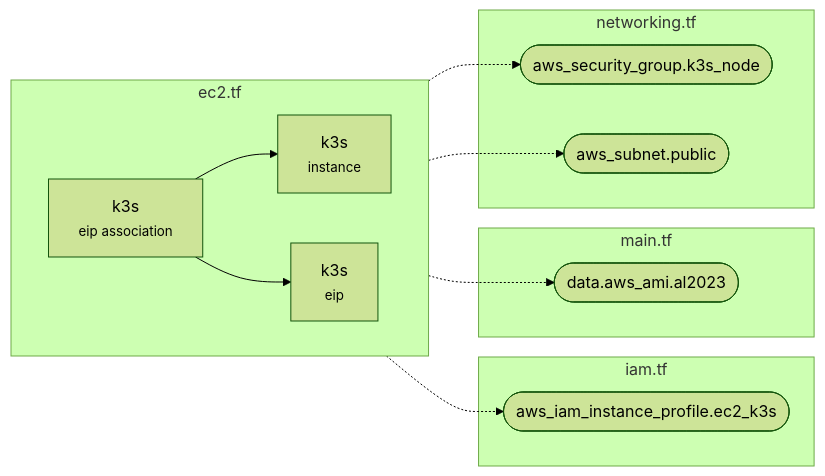
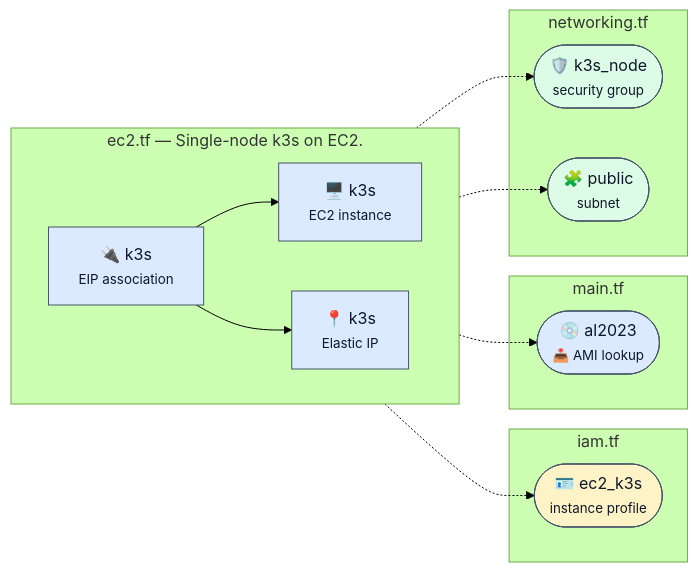
The diagram in infra/diagrams/per-file/ec2.mmd (macamp0328/liner-notes), drawn with Mermaid (forest theme) before and after one commit. The commit also changed 11 other files, not shown here.

First line of the commit message:
docs(diagrams): enrich per-file Mermaid + redesign request-flow (#149)

```diff
--- a/infra/diagrams/per-file/ec2.mmd
+++ b/infra/diagrams/per-file/ec2.mmd
@@ -1,25 +1,28 @@
 %% Auto-generated by scripts/diagrams/generate.ts — do not edit by hand.
 %% Source: infra/terraform/ec2.tf
 flowchart LR
-  subgraph this["ec2.tf"]
+  classDef compute fill:#dbeafe,stroke:#475569,color:#0f172a
+  classDef iam fill:#fef3c7,stroke:#475569,color:#0f172a
+  classDef networking fill:#dcfce7,stroke:#475569,color:#0f172a
+  subgraph this["ec2.tf — Single-node k3s on EC2."]
     direction LR
-    aws_instance_k3s["k3s<br/><small>instance</small>"]
-    aws_eip_k3s["k3s<br/><small>eip</small>"]
-    aws_eip_association_k3s["k3s<br/><small>eip association</small>"]
+    aws_instance_k3s["🖥️ k3s<br/><small>EC2 instance</small>"]:::compute
+    aws_eip_k3s["📍 k3s<br/><small>Elastic IP</small>"]:::compute
+    aws_eip_association_k3s["🔌 k3s<br/><small>EIP association</small>"]:::compute
   end
   subgraph ext_iam_tf["iam.tf"]
-    aws_iam_instance_profile_ec2_k3s(["aws_iam_instance_profile.ec2_k3s"])
+    aws_iam_instance_profile_ec2_k3s(["🪪 ec2_k3s<br/><small>instance profile</small>"]):::iam
   end
   subgraph ext_main_tf["main.tf"]
-    data_aws_ami_al2023(["data.aws_ami.al2023"])
+    data_aws_ami_al2023(["💿 al2023<br/><small>📥 AMI lookup</small>"]):::compute
   end
   subgraph ext_networking_tf["networking.tf"]
-    aws_security_group_k3s_node(["aws_security_group.k3s_node"])
-    aws_subnet_public(["aws_subnet.public"])
+    aws_security_group_k3s_node(["🛡️ k3s_node<br/><small>security group</small>"]):::networking
+    aws_subnet_public(["🧩 public<br/><small>subnet</small>"]):::networking
   end
   aws_eip_association_k3s --> aws_eip_k3s
   aws_eip_association_k3s --> aws_instance_k3s
   aws_instance_k3s -.-> aws_iam_instance_profile_ec2_k3s
   aws_instance_k3s -.-> aws_security_group_k3s_node
   aws_instance_k3s -.-> aws_subnet_public
   aws_instance_k3s -.-> data_aws_ami_al2023
```
